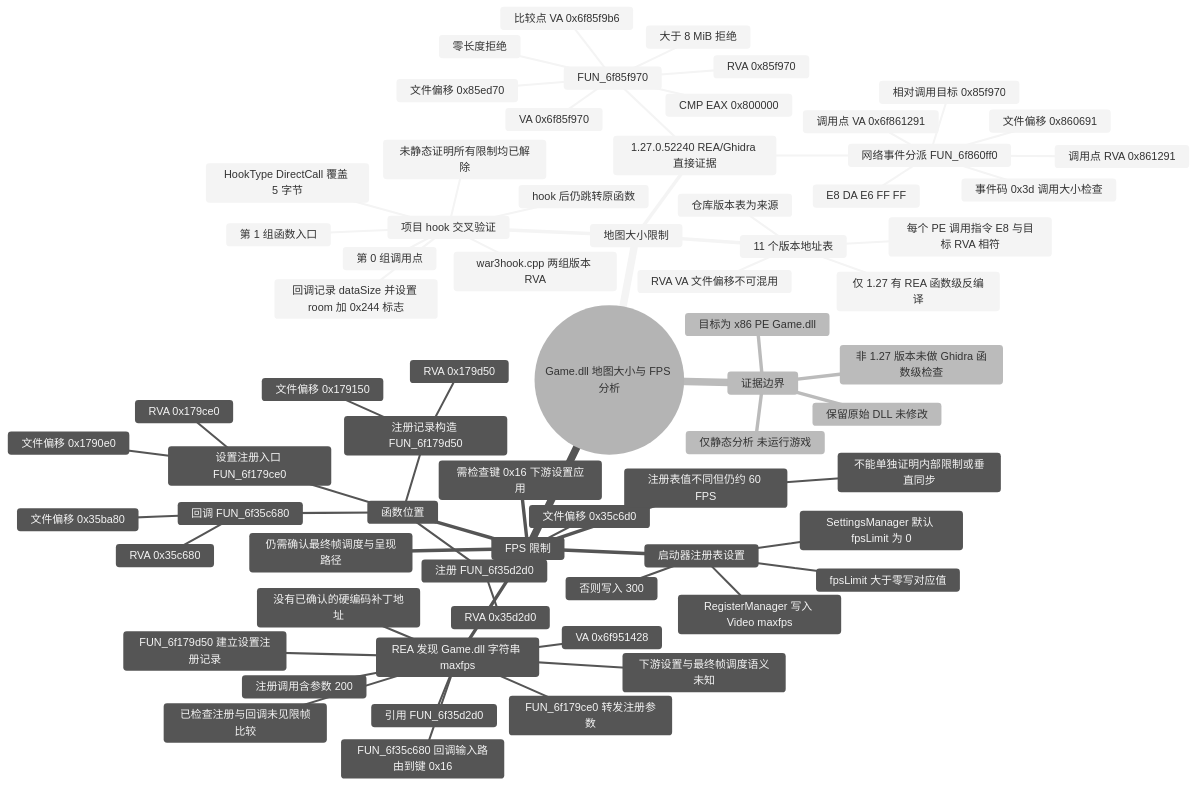
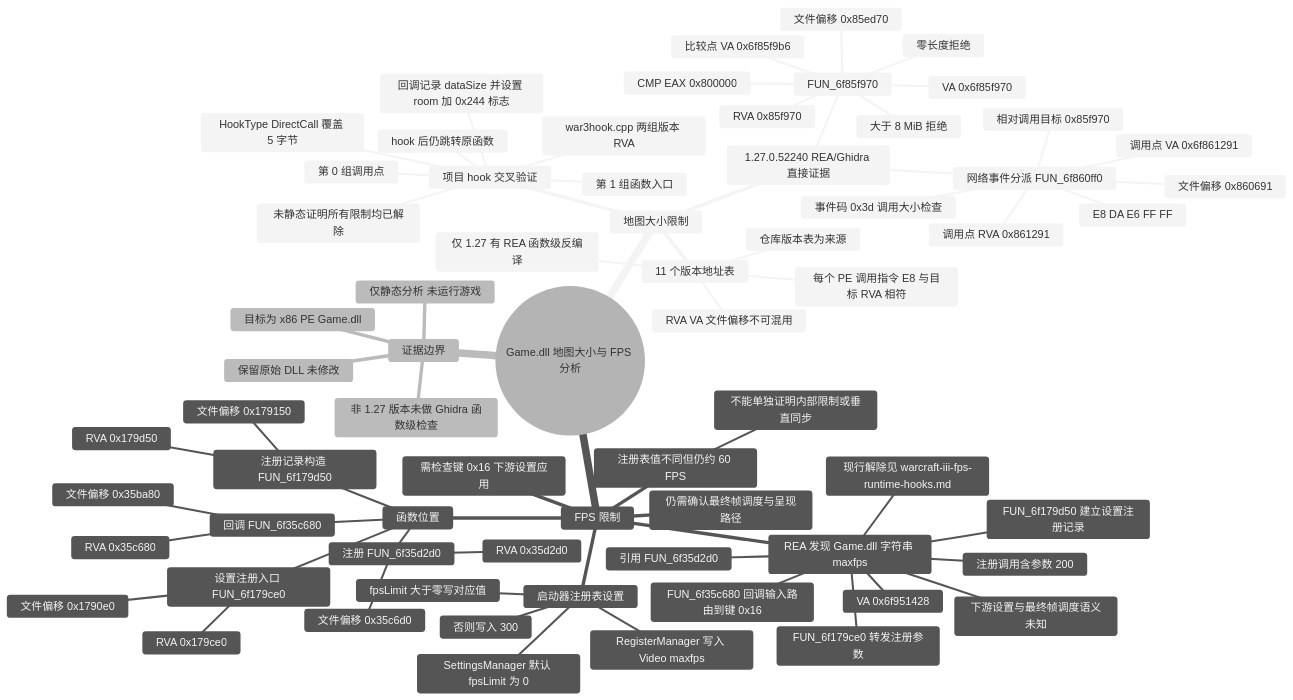
The diagram in analyses/warcraft-iii-game-dll-map-size-and-fps-mindmap.md (wuxiancong/War3Analysis), drawn with Mermaid (neutral theme) before and after one commit. The commit also changed 5 other files, not shown here.

````diff
--- a/analyses/warcraft-iii-game-dll-map-size-and-fps-mindmap.md
+++ b/analyses/warcraft-iii-game-dll-map-size-and-fps-mindmap.md
@@ -3,72 +3,71 @@
 ```mermaid
 mindmap
   root((Game.dll 地图大小与 FPS 分析))
     地图大小限制
       1.27.0.52240 REA/Ghidra 直接证据
         FUN_6f85f970
           VA 0x6f85f970
           RVA 0x85f970
           文件偏移 0x85ed70
           比较点 VA 0x6f85f9b6
           CMP EAX 0x800000
           大于 8 MiB 拒绝
           零长度拒绝
         网络事件分派 FUN_6f860ff0
           事件码 0x3d 调用大小检查
           调用点 VA 0x6f861291
           调用点 RVA 0x861291
           文件偏移 0x860691
           E8 DA E6 FF FF
           相对调用目标 0x85f970
       项目 hook 交叉验证
         war3hook.cpp 两组版本 RVA
         第 0 组调用点
         第 1 组函数入口
         HookType DirectCall 覆盖 5 字节
         回调记录 dataSize 并设置 room 加 0x244 标志
         hook 后仍跳转原函数
         未静态证明所有限制均已解除
       11 个版本地址表
         仓库版本表为来源
         每个 PE 调用指令 E8 与目标 RVA 相符
         仅 1.27 有 REA 函数级反编译
         RVA VA 文件偏移不可混用
     FPS 限制
       REA 发现 Game.dll 字符串 maxfps
         VA 0x6f951428
         引用 FUN_6f35d2d0
         注册调用含参数 200
         FUN_6f179ce0 转发注册参数
         FUN_6f179d50 建立设置注册记录
         FUN_6f35c680 回调输入路由到键 0x16
         下游设置与最终帧调度语义未知
-        已检查注册与回调未见限帧比较
-        没有已确认的硬编码补丁地址
+        现行解除见 warcraft-iii-fps-runtime-hooks.md
       函数位置
         注册 FUN_6f35d2d0
           RVA 0x35d2d0
           文件偏移 0x35c6d0
         回调 FUN_6f35c680
           RVA 0x35c680
           文件偏移 0x35ba80
         设置注册入口 FUN_6f179ce0
           RVA 0x179ce0
           文件偏移 0x1790e0
         注册记录构造 FUN_6f179d50
           RVA 0x179d50
           文件偏移 0x179150
       启动器注册表设置
         RegisterManager 写入 Video maxfps
         fpsLimit 大于零写对应值
         否则写入 300
         SettingsManager 默认 fpsLimit 为 0
       注册表值不同但仍约 60 FPS
         不能单独证明内部限制或垂直同步
       需检查键 0x16 下游设置应用
       仍需确认最终帧调度与呈现路径
     证据边界
       目标为 x86 PE Game.dll
       仅静态分析 未运行游戏
       保留原始 DLL 未修改
       非 1.27 版本未做 Ghidra 函数级检查
 ```
````
